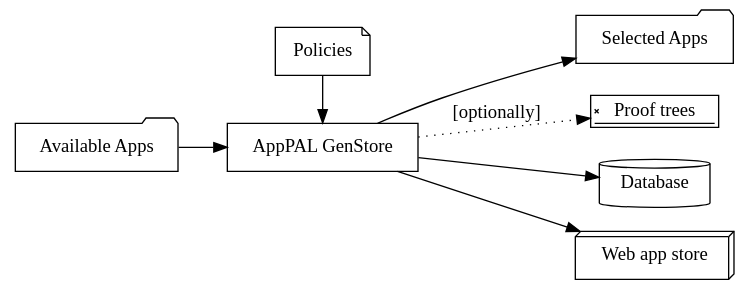
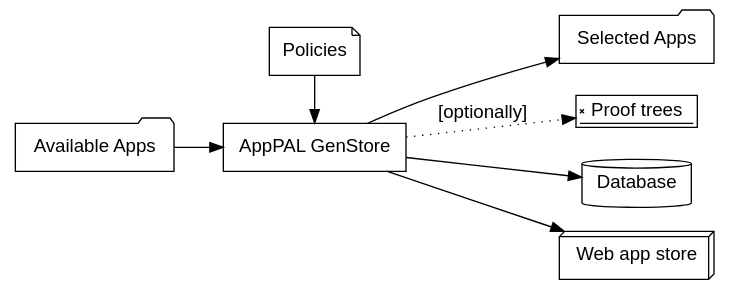
One commit to bogwonch/phd-thesis changed the diagram in figures/genstore.dot. Above: the diagram before and after it, drawn with Graphviz.

Commit message:
fixing font in a graph

```diff
--- a/figures/genstore.dot
+++ b/figures/genstore.dot
@@ -1,22 +1,26 @@
 digraph genstore {
   rankdir=LR;
+  graph [fontname="Helvetica"];
+  edge [fontname="Helvetica"];
+  node [fontname="Helvetica"];
 
   app_pool [shape=folder, label="Available Apps"];
   policies [shape=note, label="Policies"];
   genstore [shape=box, label="AppPAL GenStore"];
   app_selection [shape=folder, label="Selected Apps"];
   proof_trees [shape=signature, label="Proof trees"];
   database [shape=cylinder, label="Database"];
   html_css [shape=box3d, label="Web app store"];
+
 
   {rank=same; genstore policies}
   {rank=same; app_selection database html_css proof_trees}
 
   app_pool -> genstore;
   policies -> genstore;
   genstore -> app_selection;
   genstore -> database;
   genstore -> html_css;
   genstore -> proof_trees [style=dotted, label="[optionally]"];
 
 }
```
